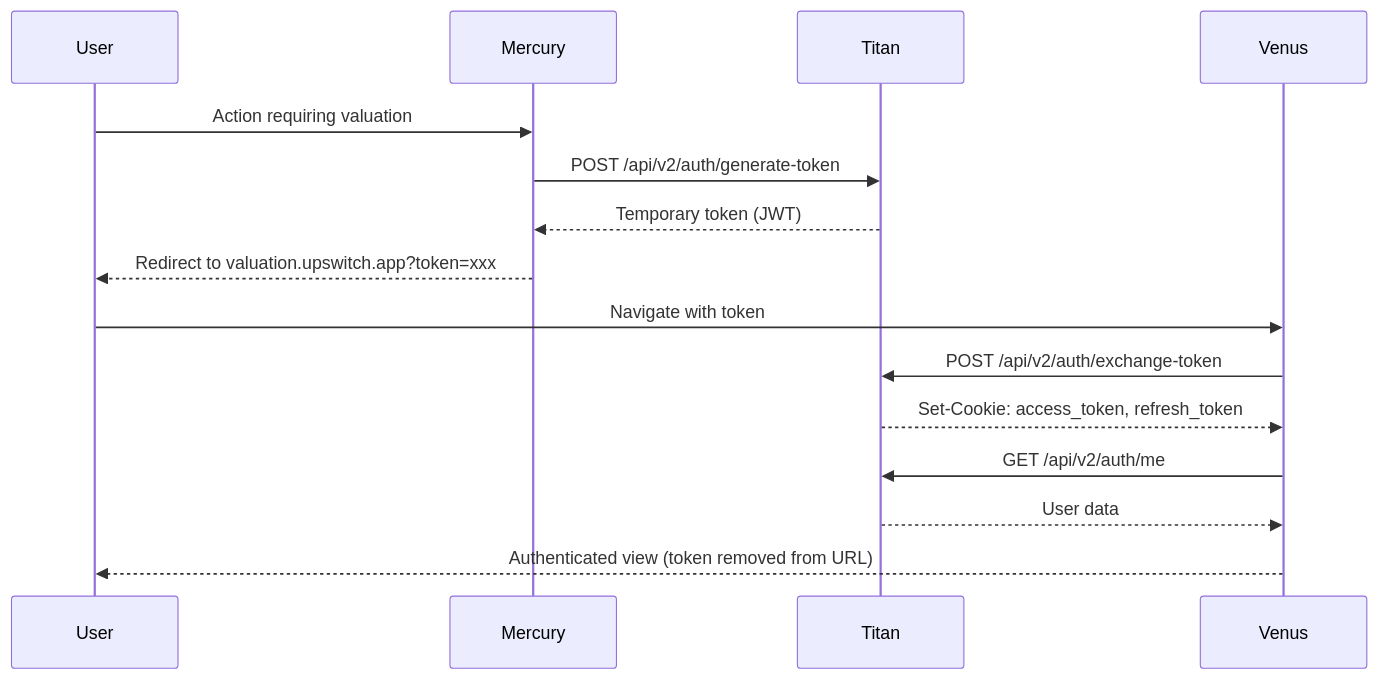
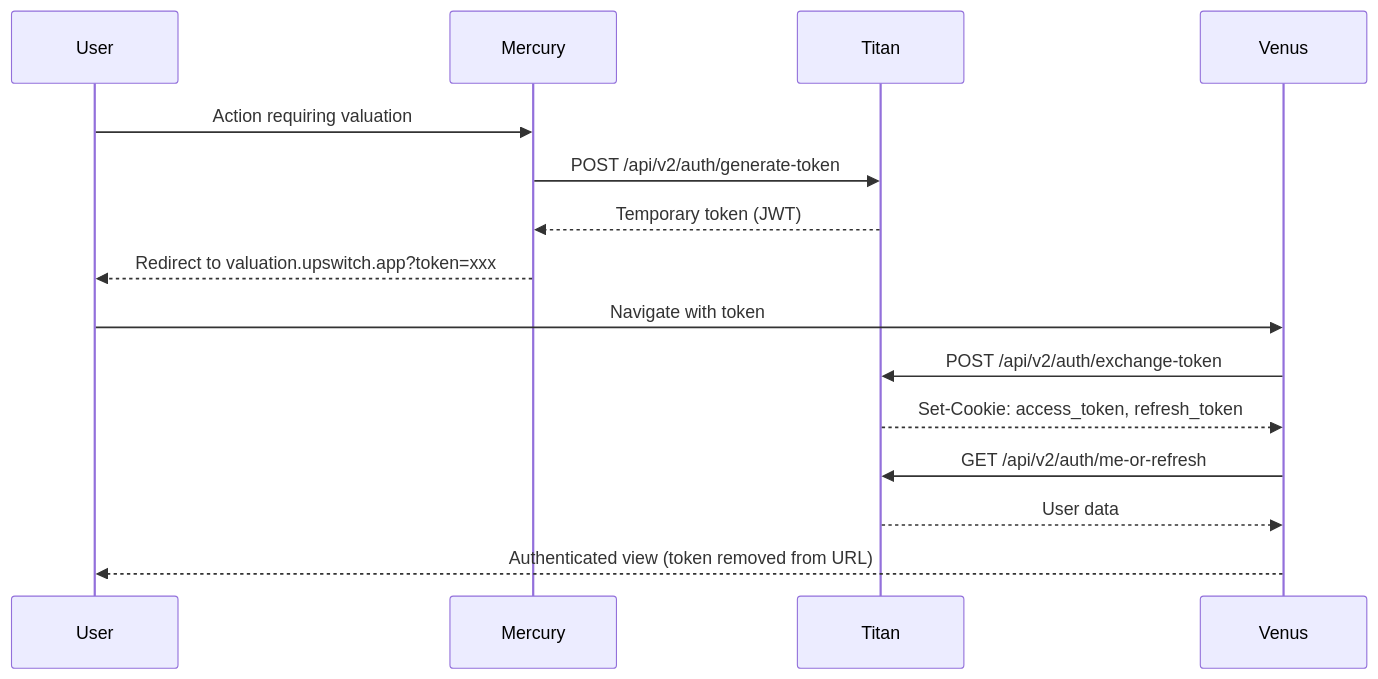
One commit to UpswitchEU/venus changed the fourth of 5 diagrams in docs/VENUS_AUTHENTICATION.md. Above: the diagram before and after it, drawn with Mermaid. The commit also changed other lines of this file and 435 other files, not shown here.

````diff
--- a/docs/VENUS_AUTHENTICATION.md
+++ b/docs/VENUS_AUTHENTICATION.md
@@ -112,19 +107,19 @@
 ```mermaid
 sequenceDiagram
     participant User
     participant Mercury
     participant Titan
     participant Venus
 
     User->>Mercury: Action requiring valuation
     Mercury->>Titan: POST /api/v2/auth/generate-token
     Titan-->>Mercury: Temporary token (JWT)
     Mercury-->>User: Redirect to valuation.upswitch.app?token=xxx
 
     User->>Venus: Navigate with token
     Venus->>Titan: POST /api/v2/auth/exchange-token
     Titan-->>Venus: Set-Cookie: access_token, refresh_token
-    Venus->>Titan: GET /api/v2/auth/me
+    Venus->>Titan: GET /api/v2/auth/me-or-refresh
     Titan-->>Venus: User data
     Venus-->>User: Authenticated view (token removed from URL)
 ```
````
